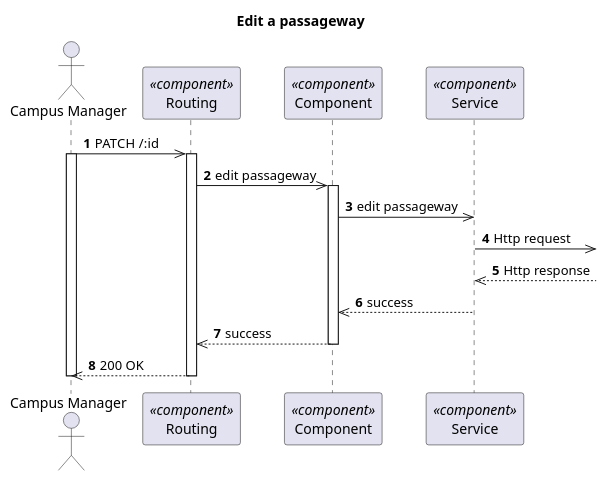
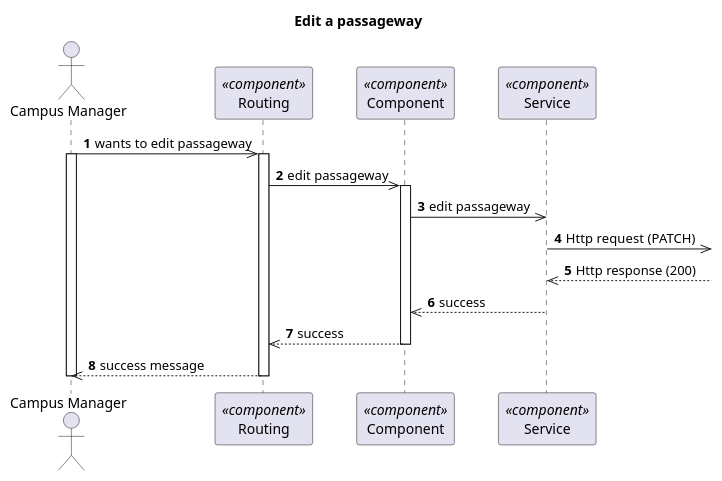
The diagram in docs/VistaProcesso/US250(1180)/Visualization/ProcessView_Level3_US1180.puml (1210910/lapr5), drawn with PlantUML before and after one commit. The commit also changed 13 other files, not shown here.

Commit message:
Diagrams fix (last commit bug)

```diff
--- a/docs/VistaProcesso/US250(1180)/Visualization/ProcessView_Level3_US1180.puml
+++ b/docs/VistaProcesso/US250(1180)/Visualization/ProcessView_Level3_US1180.puml
@@ -1,35 +1,35 @@
 @startuml Process View - Level 3 - Edit a passageway
 
 autonumber
 skinparam packageStyle rect
 
 title Edit a passageway
 
 actor "Campus Manager" as CM
 participant "Routing" as routing <<component>>
 participant "Component" as comp <<component>>
 participant "Service" as service <<component>>
 
 
-CM->> routing : PATCH /:id
+CM->> routing : wants to edit passageway
 activate CM
 activate routing
 routing ->> comp : edit passageway
 
 activate comp
 comp ->> service : edit passageway
 
-service ->> : Http request
-service <<-- : Http response
+service ->> : Http request (PATCH)
+service <<-- : Http response (200)
 
 service -->> comp : success
 deactivate service
 
 comp -->> routing : success
 deactivate comp
 
-CM<<-- routing : 200 OK
+CM<<-- routing : success message
 deactivate routing
 deactivate CM
 
 @enduml
```
